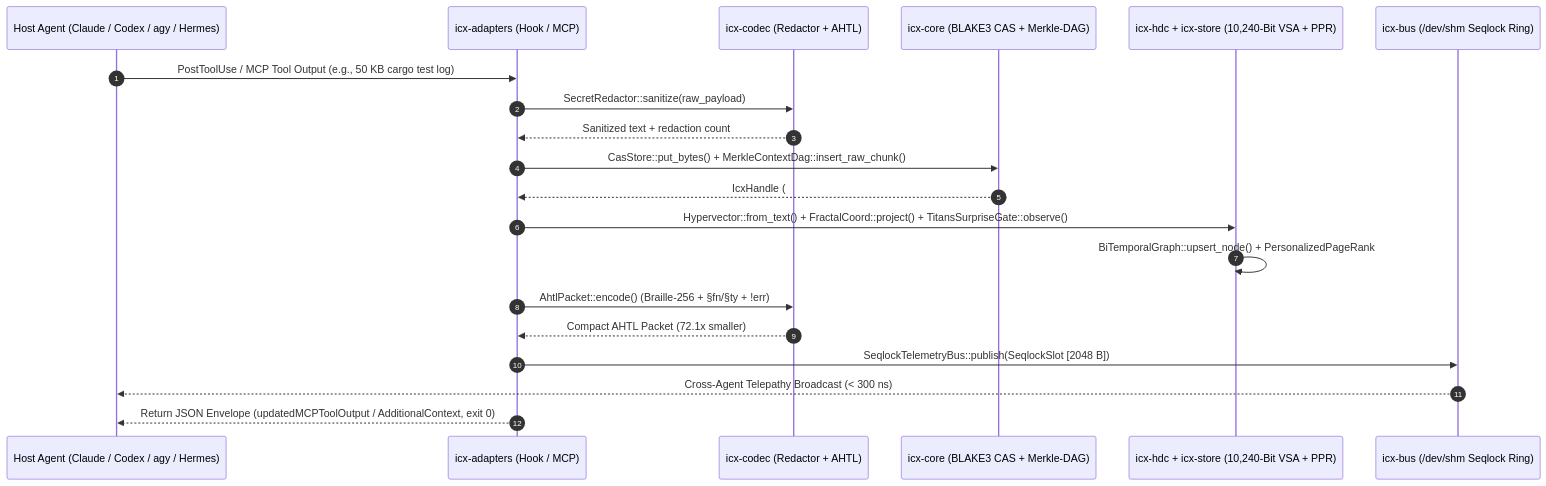
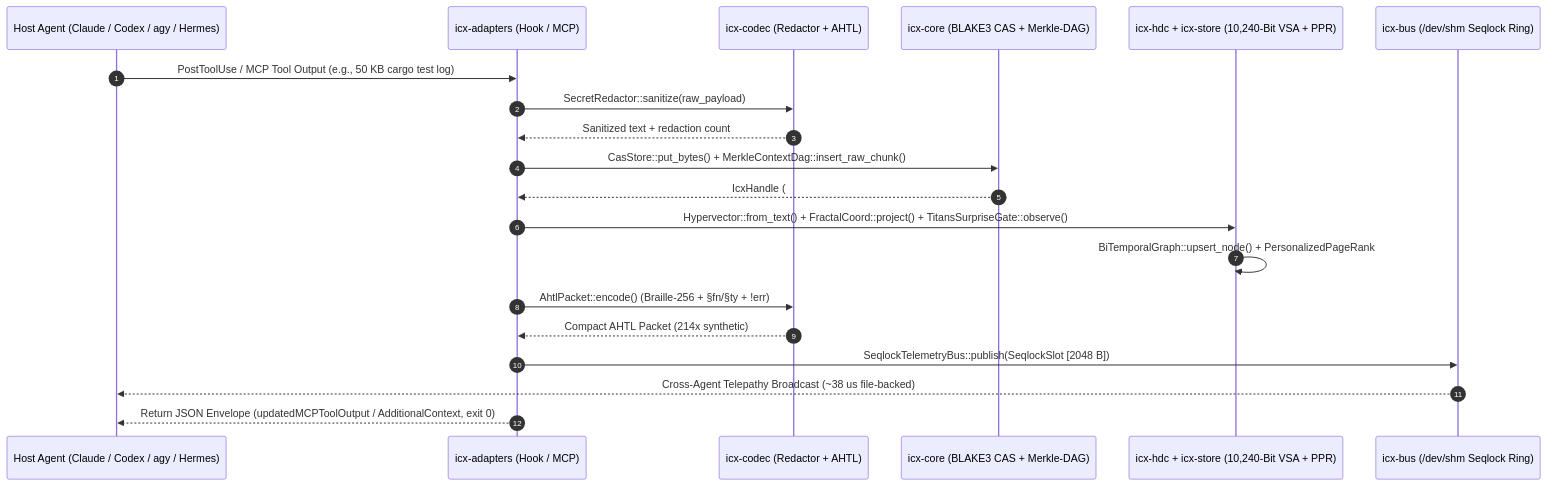
Before and after one commit to doublegate/Infinity-Context: the diagram in docs/diagrams/synchronous-hook-and-shm-flow.mmd, drawn with Mermaid. The commit also changed 35 other files, not shown here.

```diff
--- a/docs/diagrams/synchronous-hook-and-shm-flow.mmd
+++ b/docs/diagrams/synchronous-hook-and-shm-flow.mmd
@@ -1,21 +1,21 @@
 sequenceDiagram
   autonumber
   participant Agent as Host Agent (Claude / Codex / agy / Hermes)
   participant Hook as icx-adapters (Hook / MCP)
   participant Codec as icx-codec (Redactor + AHTL)
   participant DAG as icx-core (BLAKE3 CAS + Merkle-DAG)
   participant HDC as icx-hdc + icx-store (10,240-Bit VSA + PPR)
   participant SHM as icx-bus (/dev/shm Seqlock Ring)
 
   Agent->>Hook: PostToolUse / MCP Tool Output (e.g., 50 KB cargo test log)
   Hook->>Codec: SecretRedactor::sanitize(raw_payload)
   Codec-->>Hook: Sanitized text + redaction count
   Hook->>DAG: CasStore::put_bytes() + MerkleContextDag::insert_raw_chunk()
   DAG-->>Hook: IcxHandle (#icx:7bf8239fb7c504f1)
   Hook->>HDC: Hypervector::from_text() + FractalCoord::project() + TitansSurpriseGate::observe()
   HDC->>HDC: BiTemporalGraph::upsert_node() + PersonalizedPageRank
   Hook->>Codec: AhtlPacket::encode() (Braille-256 + §fn/§ty + !err)
-  Codec-->>Hook: Compact AHTL Packet (72.1x smaller)
+  Codec-->>Hook: Compact AHTL Packet (214x synthetic)
   Hook->>SHM: SeqlockTelemetryBus::publish(SeqlockSlot [2048 B])
-  SHM-->>Agent: Cross-Agent Telepathy Broadcast (< 300 ns)
+  SHM-->>Agent: Cross-Agent Telepathy Broadcast (~38 us file-backed)
   Hook-->>Agent: Return JSON Envelope (updatedMCPToolOutput / AdditionalContext, exit 0)
```
